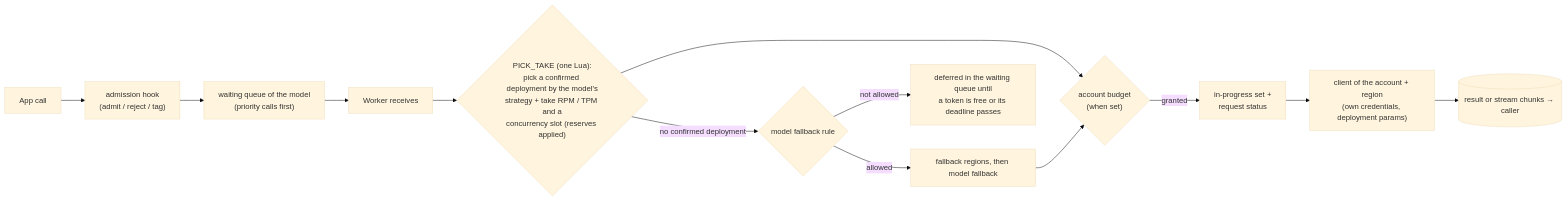
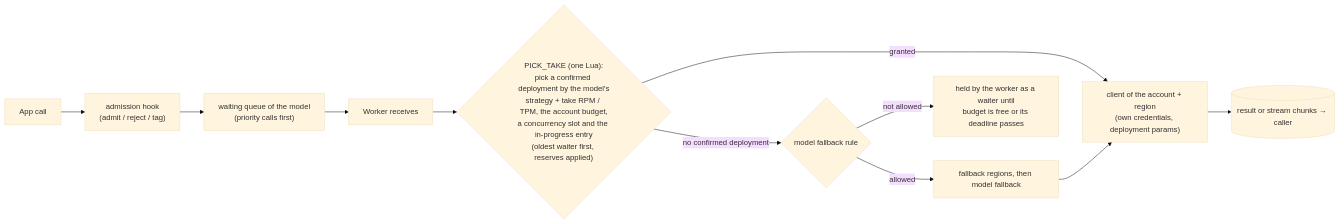
One commit to techiewonk/taskiq-llm-queue changed the second of 10 diagrams in docs/ACCOUNT_ROUTING_PLAN.md. Above: the diagram before and after it, drawn with Mermaid (base theme). The commit also changed other lines of this file and 1 other file, not shown here.

````diff
--- a/docs/ACCOUNT_ROUTING_PLAN.md
+++ b/docs/ACCOUNT_ROUTING_PLAN.md
@@ -130,14 +132,12 @@
 ```mermaid
 flowchart LR
   APP[App call] --> ADM0["admission hook<br/>(admit / reject / tag)"]
   ADM0 --> W["waiting queue of the model<br/>(priority calls first)"]
   W --> RX[Worker receives]
-  RX --> PT{"PICK_TAKE (one Lua):<br/>pick a confirmed deployment by the model's<br/>strategy + take RPM / TPM and a<br/>concurrency slot (reserves applied)"}
-  PT --> SH{"account budget<br/>(when set)"}
-  SH -->|granted| IP["in-progress set +<br/>request status"]
-  IP --> CALL["client of the account + region<br/>(own credentials, deployment params)"]
+  RX --> PT{"PICK_TAKE (one Lua):<br/>pick a confirmed deployment by the model's<br/>strategy + take RPM / TPM, the account budget,<br/>a concurrency slot and the in-progress entry<br/>(oldest waiter first, reserves applied)"}
+  PT -->|granted| CALL["client of the account + region<br/>(own credentials, deployment params)"]
   CALL --> RES[(result or stream chunks → caller)]
   PT -->|"no confirmed deployment"| FB{"model fallback rule"}
-  FB -->|allowed| PT2["fallback regions, then model fallback"] --> SH
-  FB -->|not allowed| BACK["deferred in the waiting queue until<br/>a token is free or its deadline passes"]
+  FB -->|allowed| PT2["fallback regions, then model fallback"] --> CALL
+  FB -->|not allowed| BACK["held by the worker as a waiter until<br/>budget is free or its deadline passes"]
 ```
````
